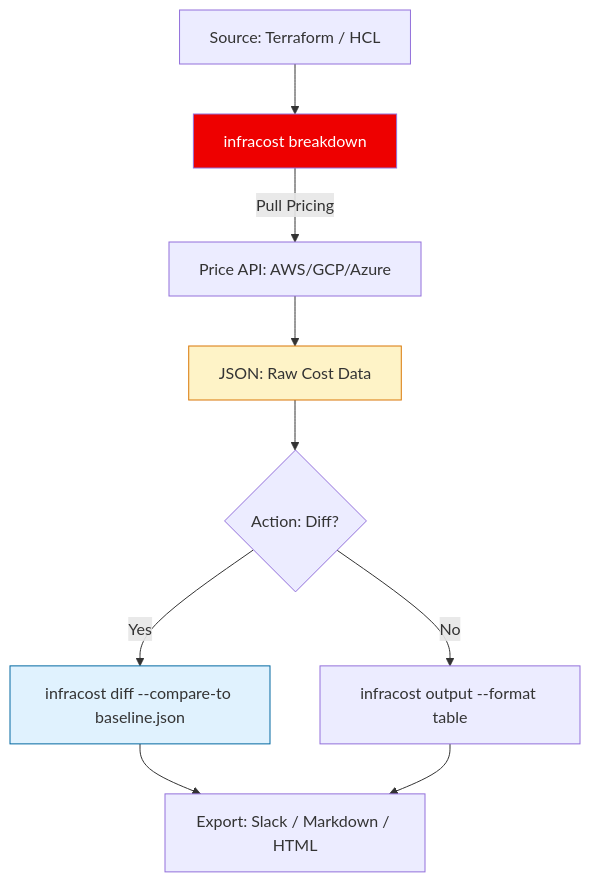
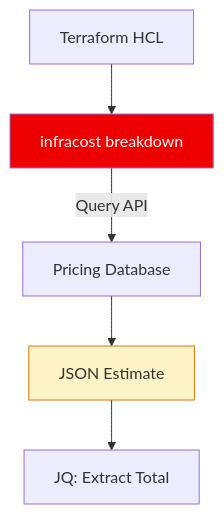
Before and after one commit to Ganil151/Devops: the diagram in 2-Intermediate/02-Phase-2/01-Infrastructure-Automation/01-Scripting-Automation/03-Cost-Estimation-and-FinOps/01-CLI-Automation/README.md, drawn with Mermaid. The commit also changed other lines of this file and 1176 other files, not shown here.

````diff
--- a/2-Intermediate/02-Phase-2/01-Infrastructure-Automation/01-Scripting-Automation/03-Cost-Estimation-and-FinOps/01-CLI-Automation/README.md
+++ b/2-Intermediate/02-Phase-2/01-Infrastructure-Automation/01-Scripting-Automation/03-Cost-Estimation-and-FinOps/01-CLI-Automation/README.md
@@ -13,15 +30,10 @@
 ```mermaid
 graph TD
-    A[Source: Terraform / HCL] --> B[infracost breakdown]
-    B -- Pull Pricing --> C[Price API: AWS/GCP/Azure]
-    C --> D[JSON: Raw Cost Data]
-    D --> E{Action: Diff?}
-    E -- Yes --> F[infracost diff --compare-to baseline.json]
-    E -- No --> G[infracost output --format table]
-    F --> H[Export: Slack / Markdown / HTML]
-    G --> H
+    A[Terraform HCL] --> B[infracost breakdown]
+    B -- Query API --> C[Pricing Database]
+    C --> D[JSON Estimate]
+    D --> E[JQ: Extract Total]
     
     style B fill:#ee0000,color:#fff
     style D fill:#fef3c7,stroke:#d97706
-    style F fill:#e0f2fe,stroke:#0369a1
 ```
````
